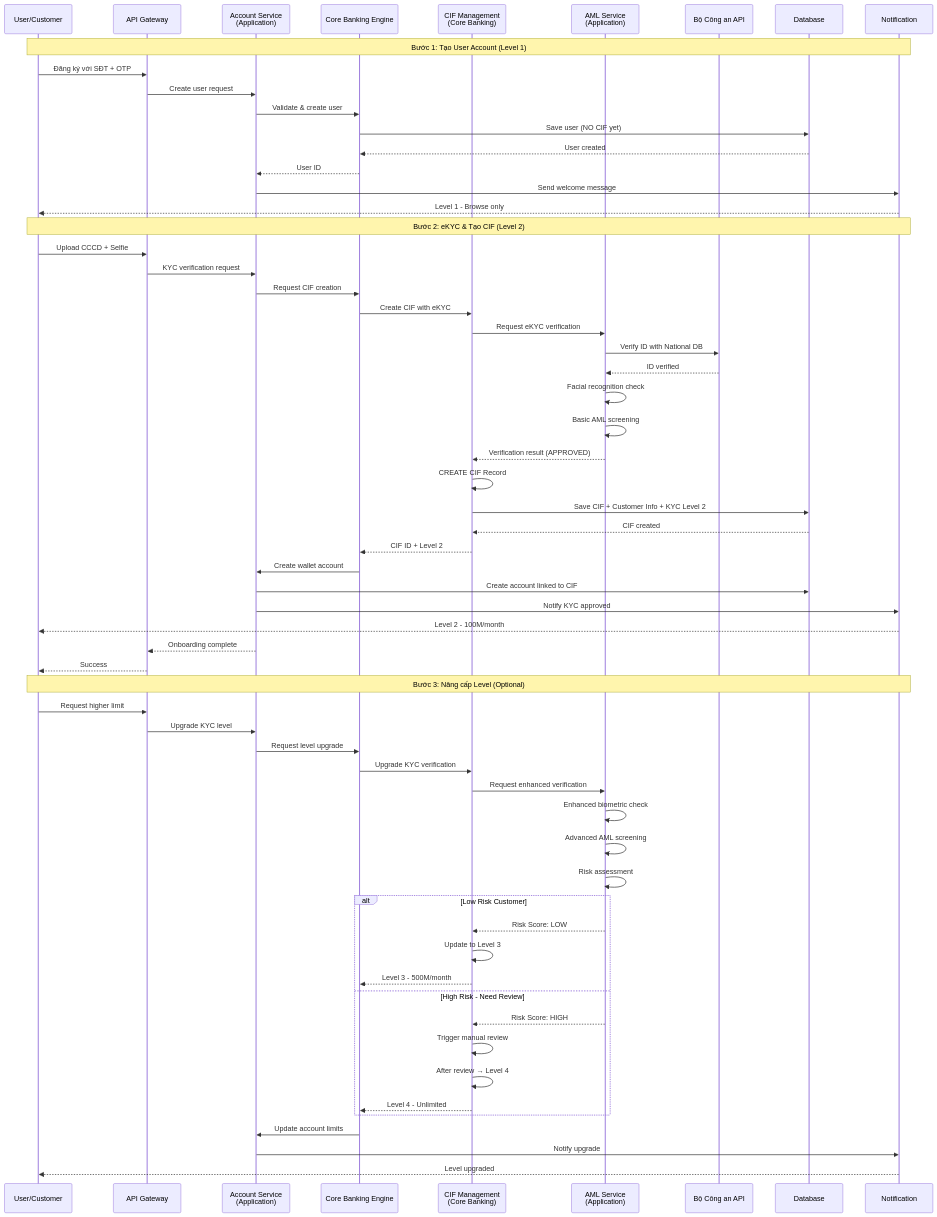
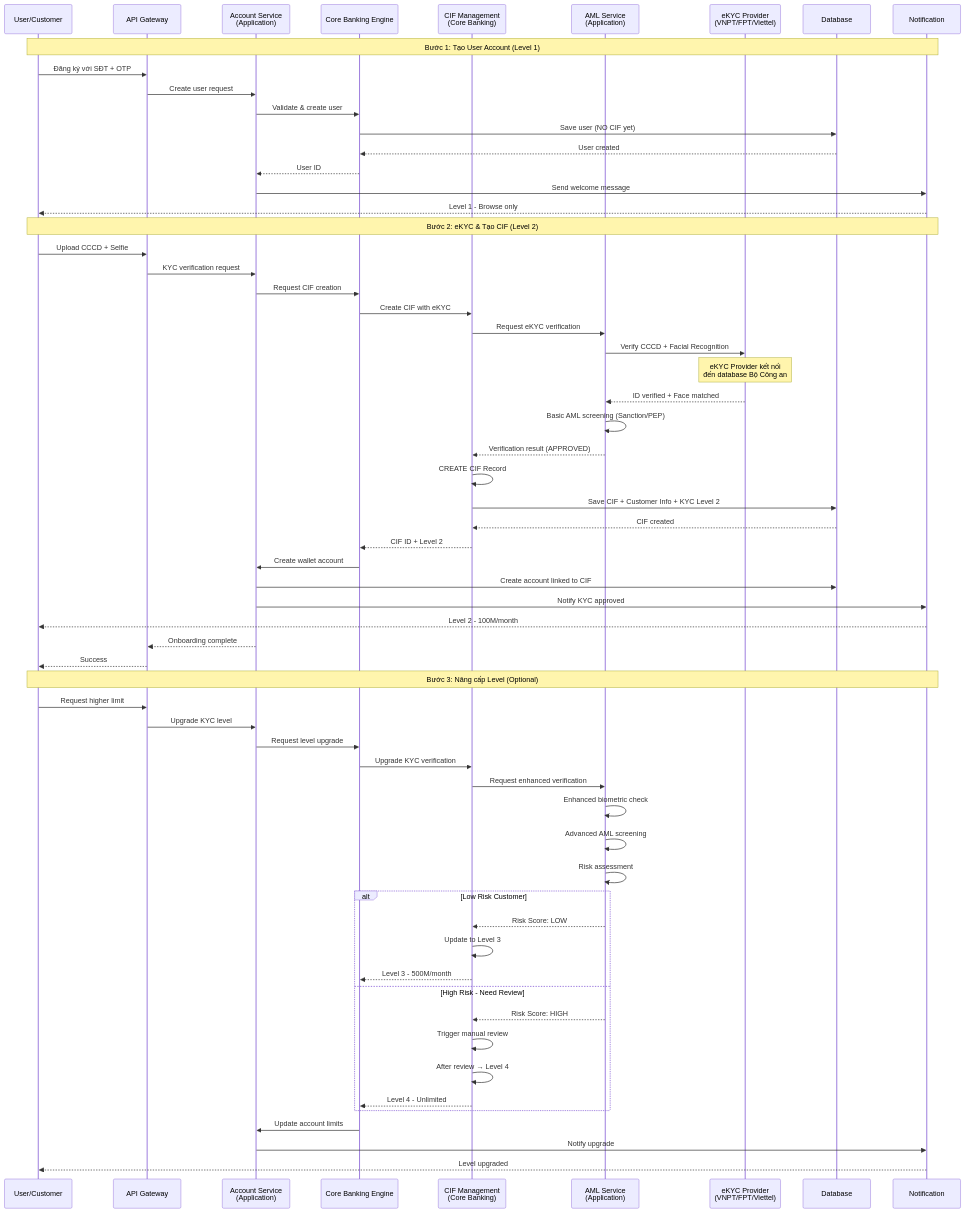
One commit to PhuMBT/eWallet_CBS changed the fifth of 6 diagrams in docs/cbs-sdk-finance/02-architecture.md. Above: the diagram before and after it, drawn with Mermaid. The commit also changed other lines of this file and 3 other files, not shown here.

First line of the commit message:
docs(ekyc): Update all references from direct police database to eKYC providers

````diff
--- a/docs/cbs-sdk-finance/02-architecture.md
+++ b/docs/cbs-sdk-finance/02-architecture.md
@@ -441,72 +449,72 @@
 ```mermaid
 sequenceDiagram
     participant U as User/Customer
     participant A as API Gateway
     participant ACC as Account Service<br/>(Application)
     participant CORE as Core Banking Engine
     participant CIF as CIF Management<br/>(Core Banking)
     participant AML as AML Service<br/>(Application)
-    participant GOV as Bộ Công an API
+    participant EKYC as eKYC Provider<br/>(VNPT/FPT/Viettel)
     participant DB as Database
     participant N as Notification
     
     Note over U,N: Bước 1: Tạo User Account (Level 1)
     U->>A: Đăng ký với SĐT + OTP
     A->>ACC: Create user request
     ACC->>CORE: Validate & create user
     CORE->>DB: Save user (NO CIF yet)
     DB-->>CORE: User created
     CORE-->>ACC: User ID
     ACC->>N: Send welcome message
     N-->>U: Level 1 - Browse only
     
     Note over U,N: Bước 2: eKYC & Tạo CIF (Level 2)
     U->>A: Upload CCCD + Selfie
     A->>ACC: KYC verification request
     ACC->>CORE: Request CIF creation
     CORE->>CIF: Create CIF with eKYC
     
     CIF->>AML: Request eKYC verification
-    AML->>GOV: Verify ID with National DB
-    GOV-->>AML: ID verified
-    AML->>AML: Facial recognition check
-    AML->>AML: Basic AML screening
+    AML->>EKYC: Verify CCCD + Facial Recognition
+    Note over EKYC: eKYC Provider kết nối<br/>đến database Bộ Công an
+    EKYC-->>AML: ID verified + Face matched
+    AML->>AML: Basic AML screening (Sanction/PEP)
     AML-->>CIF: Verification result (APPROVED)
     
     CIF->>CIF: CREATE CIF Record
     CIF->>DB: Save CIF + Customer Info + KYC Level 2
     DB-->>CIF: CIF created
     CIF-->>CORE: CIF ID + Level 2
     CORE->>ACC: Create wallet account
     ACC->>DB: Create account linked to CIF
     ACC->>N: Notify KYC approved
     N-->>U: Level 2 - 100M/month
     ACC-->>A: Onboarding complete
     A-->>U: Success
     
     Note over U,N: Bước 3: Nâng cấp Level (Optional)
     U->>A: Request higher limit
     A->>ACC: Upgrade KYC level
     ACC->>CORE: Request level upgrade
     CORE->>CIF: Upgrade KYC verification
     
     CIF->>AML: Request enhanced verification
     AML->>AML: Enhanced biometric check
     AML->>AML: Advanced AML screening
     AML->>AML: Risk assessment
     
     alt Low Risk Customer
         AML-->>CIF: Risk Score: LOW
         CIF->>CIF: Update to Level 3
         CIF-->>CORE: Level 3 - 500M/month
     else High Risk - Need Review
         AML-->>CIF: Risk Score: HIGH
         CIF->>CIF: Trigger manual review
         CIF->>CIF: After review → Level 4
         CIF-->>CORE: Level 4 - Unlimited
     end
     
     CORE->>ACC: Update account limits
     ACC->>N: Notify upgrade
     N-->>U: Level upgraded
 ```
````
